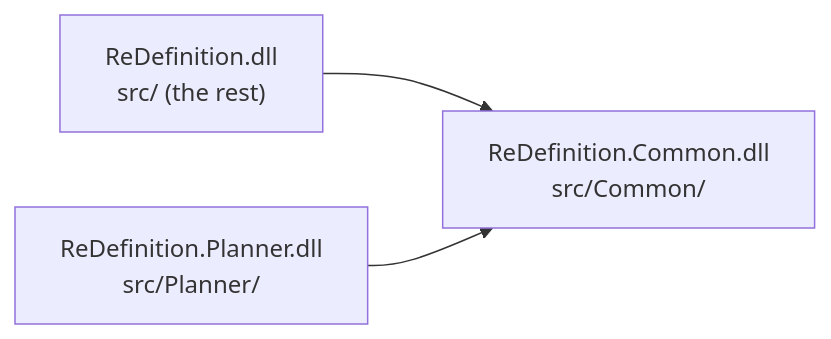
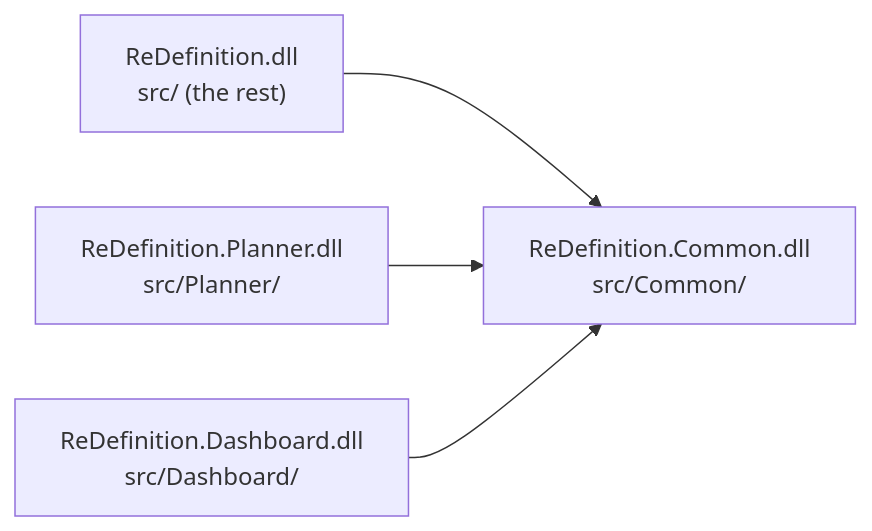
Before and after one commit to CaptainKeyboard/ReDefinition: the second of 3 diagrams in docs/development/architecture.md, drawn with Mermaid. The commit also changed other lines of this file and 56 other files, not shown here.

````diff
--- a/docs/development/architecture.md
+++ b/docs/development/architecture.md
@@ -77,5 +77,6 @@
 ```mermaid
 flowchart LR
     main["ReDefinition.dll<br/>src/ (the rest)"] --> common["ReDefinition.Common.dll<br/>src/Common/"]
     planner["ReDefinition.Planner.dll<br/>src/Planner/"] --> common
+    dashboard["ReDefinition.Dashboard.dll<br/>src/Dashboard/"] --> common
 ```
````
